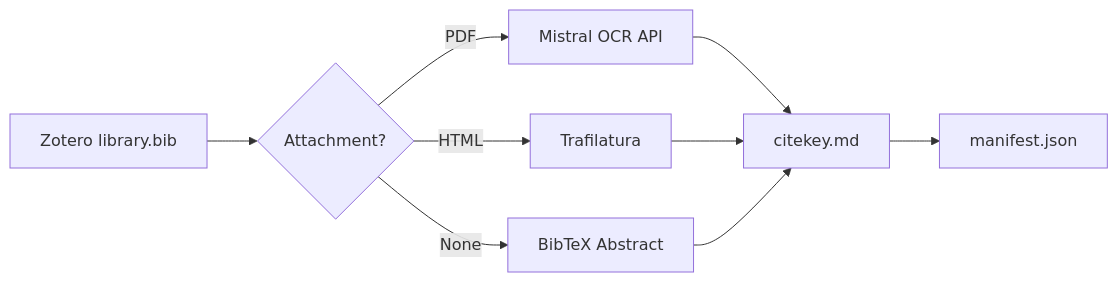
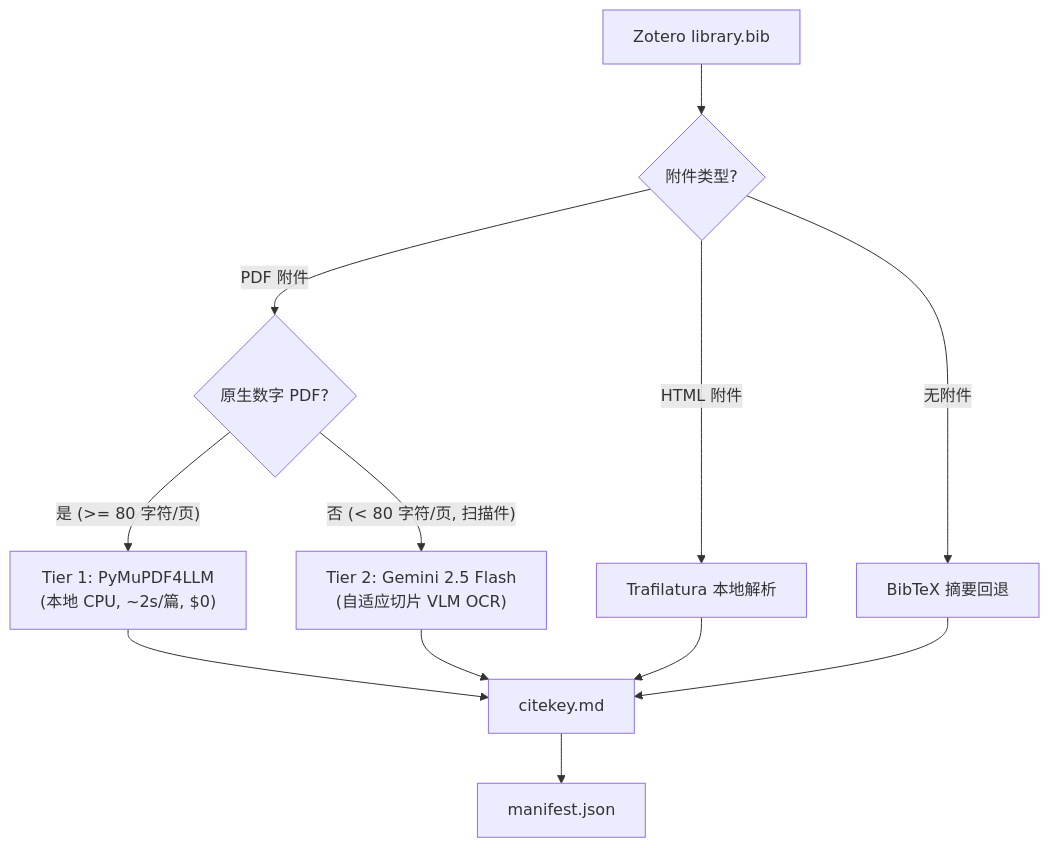
One commit to Jidi1997/mark-lit-down changed the diagram in README_zh.md. Above: the diagram before and after it, drawn with Mermaid. The commit also changed other lines of this file and 6 other files, not shown here.

First line of the commit message:
Upgrade to two-tier extraction engine and add Batch API guide

````diff
--- a/README_zh.md
+++ b/README_zh.md
@@ -50,11 +52,14 @@
 ```mermaid
-graph LR
-    A["Zotero library.bib"] --> B{"Attachment?"}
-    B -- PDF --> C["Mistral OCR API"]
-    B -- HTML --> D["Trafilatura"]
-    B -- None --> E["BibTeX Abstract"]
-    C --> F["citekey.md"]
-    D --> F
-    E --> F
-    F --> G["manifest.json"]
+graph TD
+    A["Zotero library.bib"] --> B{"附件类型?"}
+    B -- "PDF 附件" --> C{"原生数字 PDF?"}
+    C -- "是 (>= 80 字符/页)" --> D["Tier 1: PyMuPDF4LLM<br>(本地 CPU, ~2s/篇, $0)"]
+    C -- "否 (< 80 字符/页, 扫描件)" --> E["Tier 2: Gemini 2.5 Flash<br>(自适应切片 VLM OCR)"]
+    B -- "HTML 附件" --> F["Trafilatura 本地解析"]
+    B -- "无附件" --> G["BibTeX 摘要回退"]
+    D --> H["citekey.md"]
+    E --> H
+    F --> H
+    G --> H
+    H --> I["manifest.json"]
 ```
````
